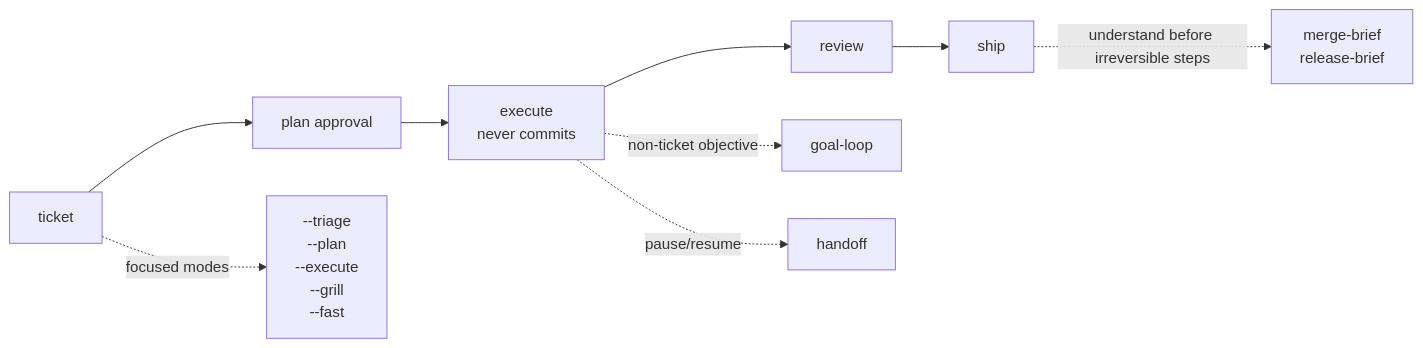
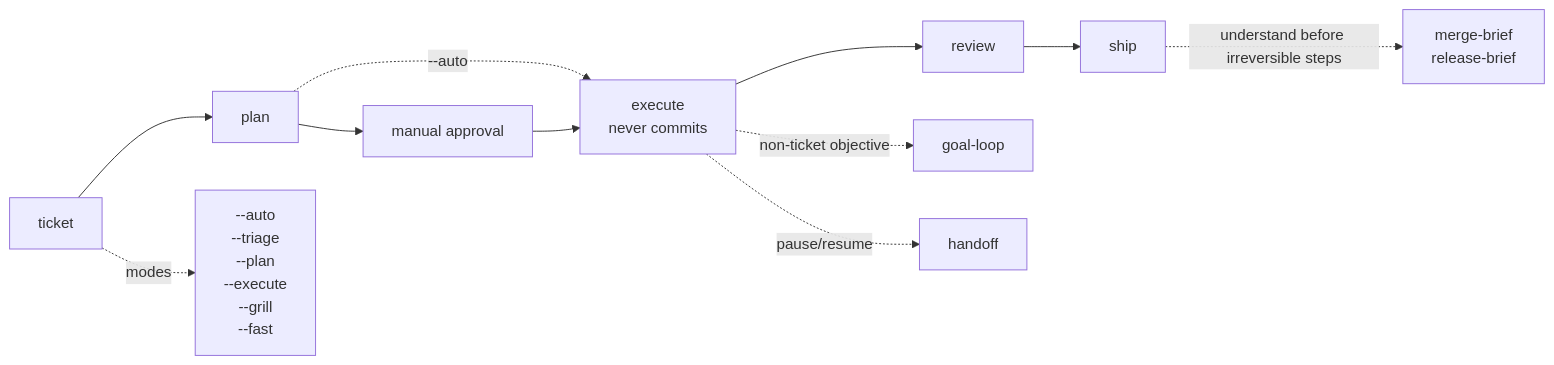
One commit to alimtunc/turkit changed the diagram in README.md. Above: the diagram before and after it, drawn with Mermaid. The commit also changed other lines of this file and 10 other files, not shown here.

````diff
--- a/README.md
+++ b/README.md
@@ -31,12 +31,14 @@
 ```mermaid
 flowchart LR
-    T["ticket"] --> A["plan approval"]
+    T["ticket"] --> P["plan"]
+    P --> A["manual approval"]
+    P -. "--auto" .-> E
     A --> E["execute<br/>never commits"]
     E --> R["review"]
     R --> S["ship"]
 
-    T -. "focused modes" .-> F["--triage<br/>--plan<br/>--execute<br/>--grill<br/>--fast"]
+    T -. "modes" .-> F["--auto<br/>--triage<br/>--plan<br/>--execute<br/>--grill<br/>--fast"]
     E -. "non-ticket objective" .-> G["goal-loop"]
     E -. "pause/resume" .-> H["handoff"]
     S -. "understand before irreversible steps" .-> B["merge-brief<br/>release-brief"]
 ```
````
